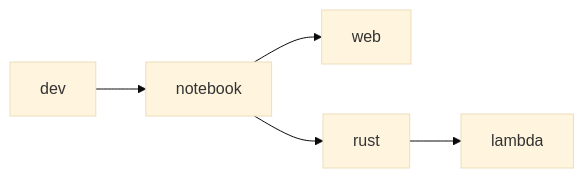
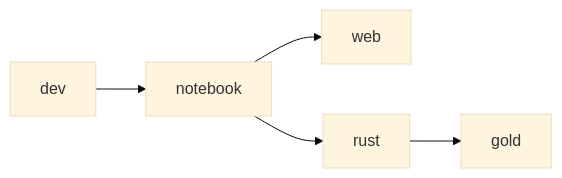
The diagram in dev-with-containers/README.md (jhwohlgemuth/my-virtual-machine-setup), drawn with Mermaid (base theme) before and after one commit. The commit also changed other lines of this file and 5 other files, not shown here.

Commit message:
feat: Rename lambda to gold ISO of move to separate repo

````diff
--- a/dev-with-containers/README.md
+++ b/dev-with-containers/README.md
@@ -63,7 +63,7 @@
 ```mermaid
 graph LR
     dev --> notebook
     notebook --> web
     notebook --> rust
-    rust --> lambda
+    rust --> gold
 ```
````
